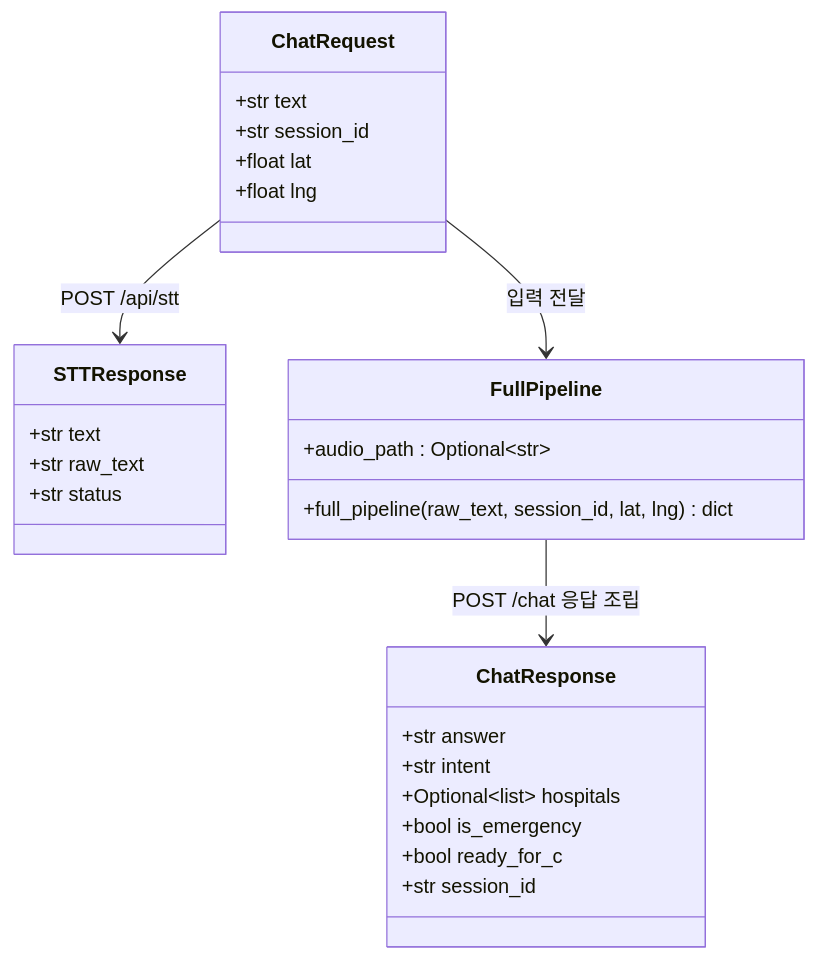
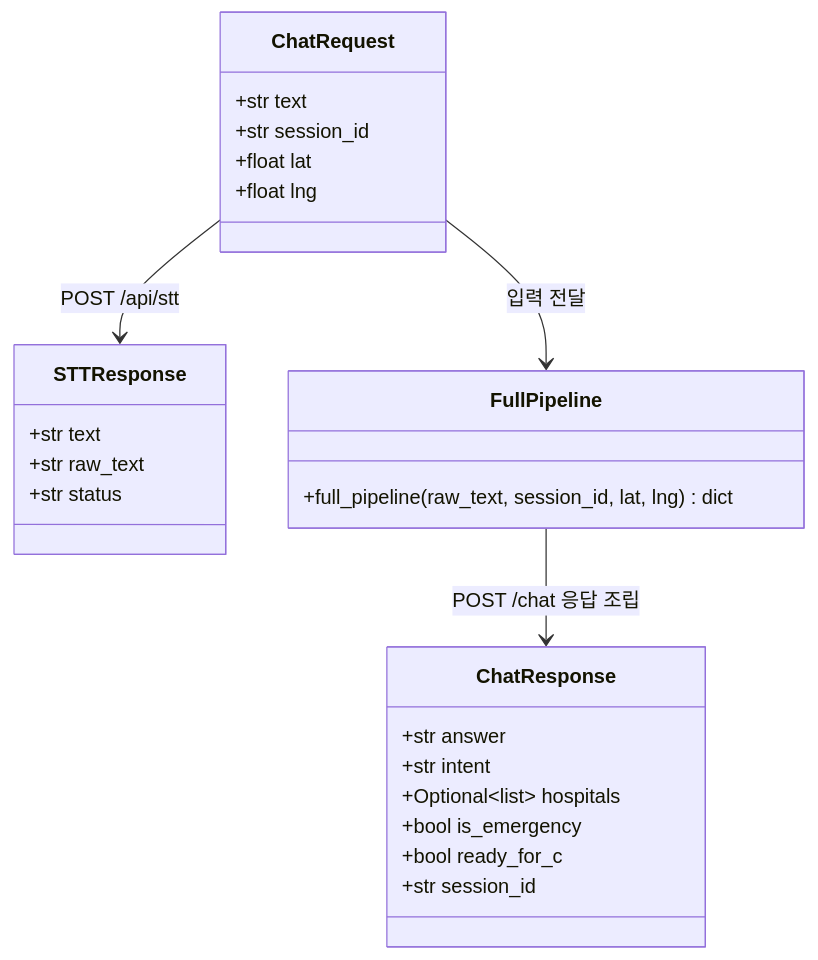
One commit to lg-hellovision-dx-data-school/LGHelloDoctor changed the first of 8 diagrams in docs/diagrams.md. Above: the diagram before and after it, drawn with Mermaid. The commit also changed other lines of this file and 13 other files, not shown here.

````diff
--- a/docs/diagrams.md
+++ b/docs/diagrams.md
@@ -21,33 +21,32 @@
 ```mermaid
 classDiagram
     class ChatRequest {
         +str text
         +str session_id
         +float lat
         +float lng
     }
 
     class ChatResponse {
         +str answer
         +str intent
         +Optional~list~ hospitals
         +bool is_emergency
         +bool ready_for_c
         +str session_id
     }
 
     class STTResponse {
         +str text
         +str raw_text
         +str status
     }
 
     class FullPipeline {
         +full_pipeline(raw_text, session_id, lat, lng) dict
-        +audio_path : Optional~str~
     }
 
     ChatRequest --> FullPipeline : 입력 전달
     FullPipeline --> ChatResponse : POST /chat 응답 조립
     ChatRequest --> STTResponse : POST /api/stt
 ```
````
